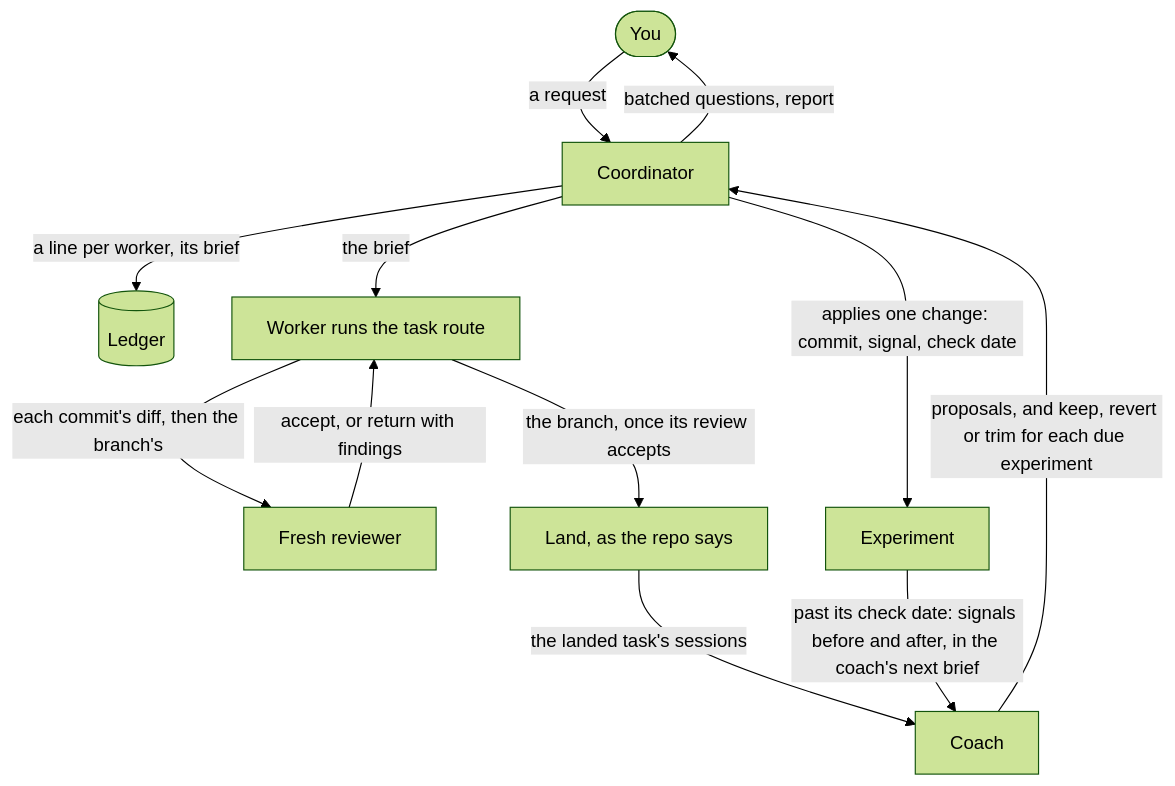
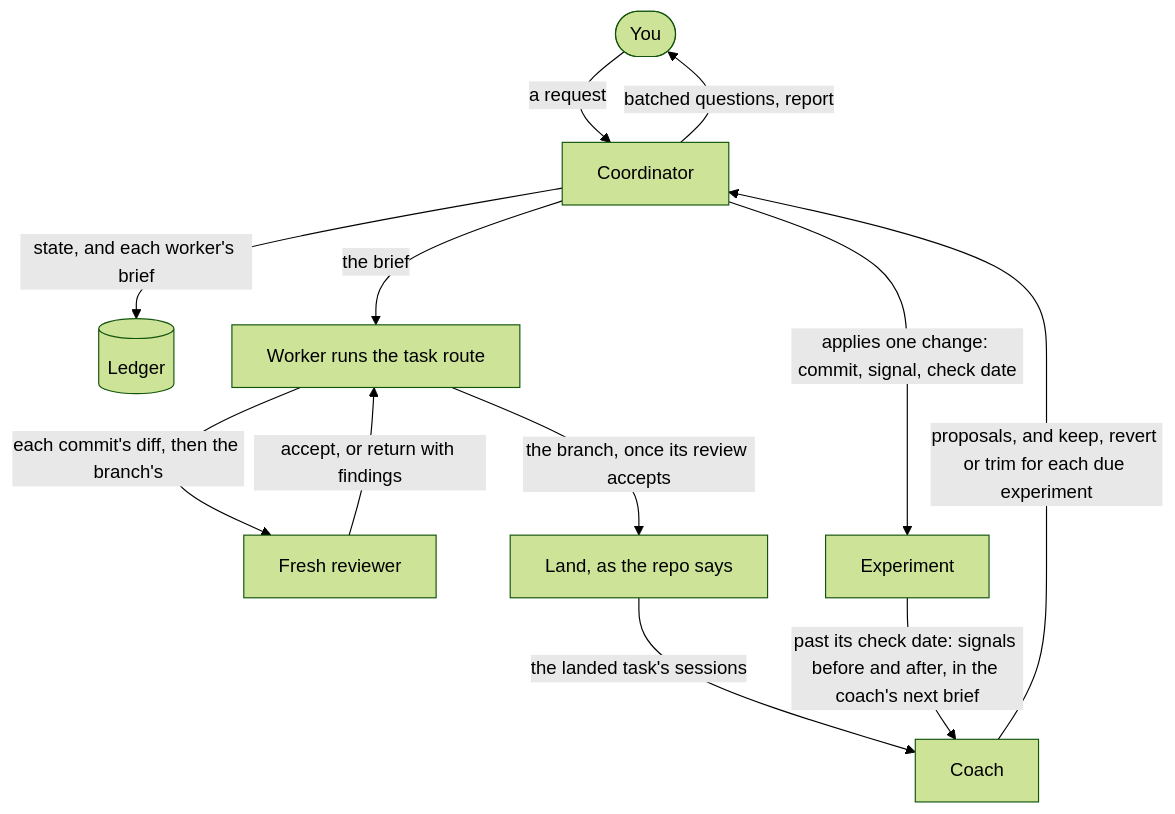
The second of 4 diagrams in docs/loops.md (cniska/agent-skills), drawn with Mermaid (forest theme) before and after one commit. The commit also changed 5 other files, not shown here.

````diff
--- a/docs/loops.md
+++ b/docs/loops.md
@@ -38,14 +38,14 @@
 ```mermaid
 flowchart TD
   you(["You"]) -- "a request" --> lead["Coordinator"]
-  lead -- "a line per worker, its brief" --> ledger[("Ledger")]
+  lead -- "state, and each worker's brief" --> ledger[("Ledger")]
   lead -- "batched questions, report" --> you
   lead -- "the brief" --> worker["Worker runs the task route"]
   worker -- "each commit's diff, then the branch's" --> reviewer["Fresh reviewer"]
   reviewer -- "accept, or return with findings" --> worker
   worker -- "the branch, once its review accepts" --> land["Land, as the repo says"]
   land -- "the landed task's sessions" --> coach["Coach"]
   coach -- "proposals, and keep, revert or trim for each due experiment" --> lead
   lead -- "applies one change: commit, signal, check date" --> exp["Experiment"]
   exp -- "past its check date: signals before and after, in the coach's next brief" --> coach
 ```
````
